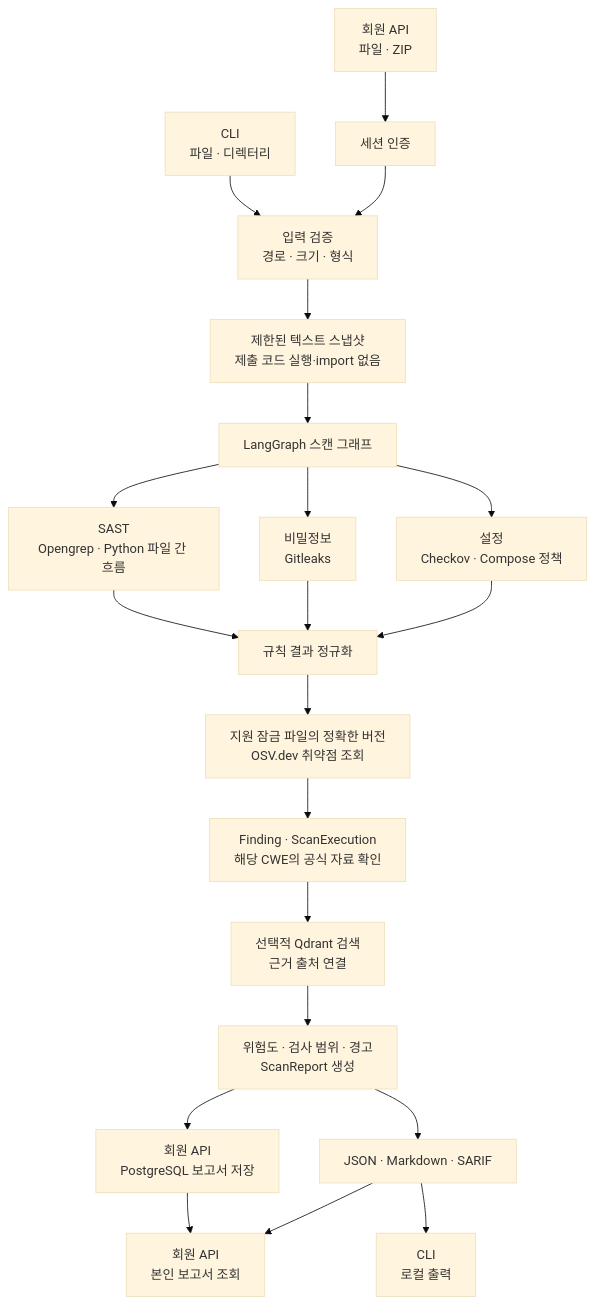
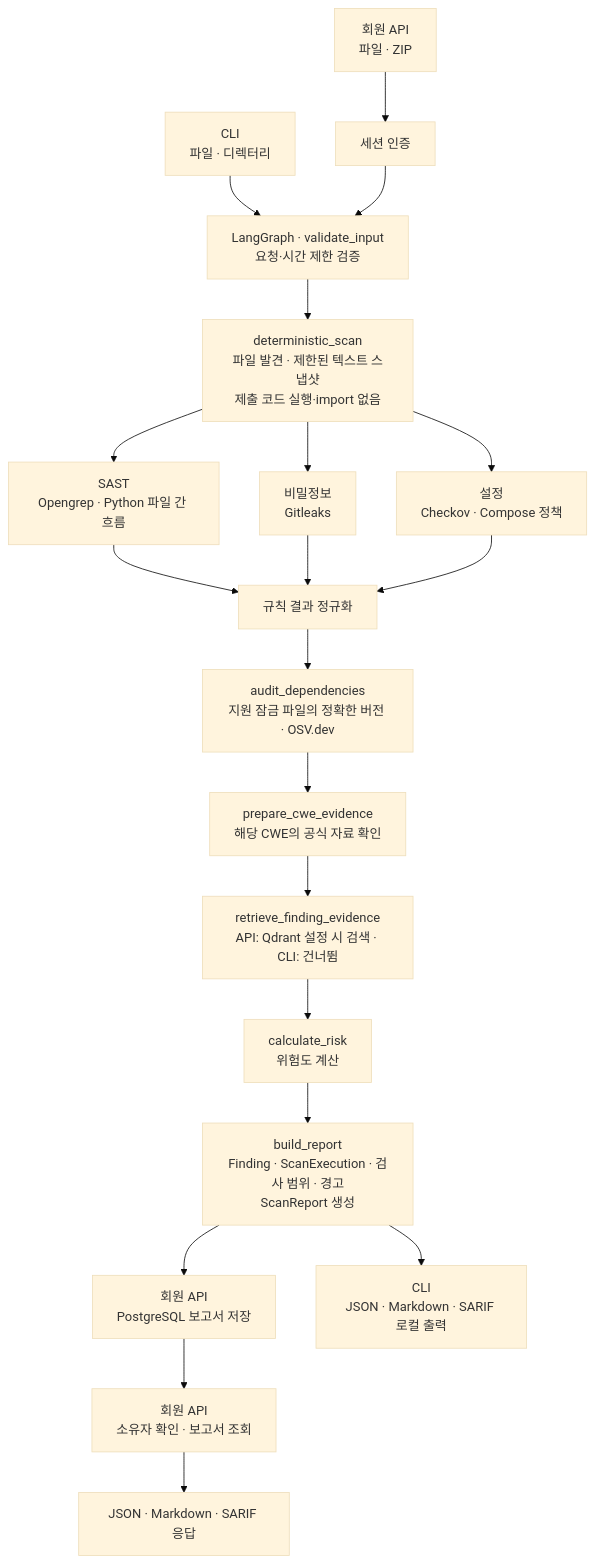
One commit to taehyeon-git/SecRAGraph changed the diagram in README.md. Above: the diagram before and after it, drawn with Mermaid (base theme). The commit also changed other lines of this file, not shown here.

Commit message:
docs: align README diagram with scan and report flow

````diff
--- a/README.md
+++ b/README.md
@@ -27,25 +33,24 @@
 ```mermaid
 flowchart TD
   API["회원 API<br/>파일 · ZIP"] --> AUTH["세션 인증"]
-  CLI["CLI<br/>파일 · 디렉터리"] --> INPUT["입력 검증<br/>경로 · 크기 · 형식"]
+  CLI["CLI<br/>파일 · 디렉터리"] --> INPUT["LangGraph · validate_input<br/>요청·시간 제한 검증"]
   AUTH --> INPUT
-  INPUT --> SNAP["제한된 텍스트 스냅샷<br/>제출 코드 실행·import 없음"]
-  SNAP --> GRAPH["LangGraph 스캔 그래프"]
+  INPUT --> SNAP["deterministic_scan<br/>파일 발견 · 제한된 텍스트 스냅샷<br/>제출 코드 실행·import 없음"]
 
-  GRAPH --> SAST["SAST<br/>Opengrep · Python 파일 간 흐름"]
-  GRAPH --> SECRET["비밀정보<br/>Gitleaks"]
-  GRAPH --> CONFIG["설정<br/>Checkov · Compose 정책"]
+  SNAP --> SAST["SAST<br/>Opengrep · Python 파일 간 흐름"]
+  SNAP --> SECRET["비밀정보<br/>Gitleaks"]
+  SNAP --> CONFIG["설정<br/>Checkov · Compose 정책"]
 
   SAST --> NORMAL["규칙 결과 정규화"]
   SECRET --> NORMAL
   CONFIG --> NORMAL
-  NORMAL --> OSV["지원 잠금 파일의 정확한 버전<br/>OSV.dev 취약점 조회"]
-  OSV --> CWE["Finding · ScanExecution<br/>해당 CWE의 공식 자료 확인"]
-  CWE --> RAG["선택적 Qdrant 검색<br/>근거 출처 연결"]
-  RAG --> REPORT["위험도 · 검사 범위 · 경고<br/>ScanReport 생성"]
+  NORMAL --> OSV["audit_dependencies<br/>지원 잠금 파일의 정확한 버전 · OSV.dev"]
+  OSV --> CWE["prepare_cwe_evidence<br/>해당 CWE의 공식 자료 확인"]
+  CWE --> RAG["retrieve_finding_evidence<br/>API: Qdrant 설정 시 검색 · CLI: 건너뜀"]
+  RAG --> RISK["calculate_risk<br/>위험도 계산"]
+  RISK --> REPORT["build_report<br/>Finding · ScanExecution · 검사 범위 · 경고<br/>ScanReport 생성"]
   REPORT --> DB["회원 API<br/>PostgreSQL 보고서 저장"]
-  REPORT --> FORMAT["JSON · Markdown · SARIF"]
-  DB --> VIEW["회원 API<br/>본인 보고서 조회"]
-  FORMAT --> VIEW
-  FORMAT --> LOCAL["CLI<br/>로컬 출력"]
+  DB --> VIEW["회원 API<br/>소유자 확인 · 보고서 조회"]
+  VIEW --> API_FORMAT["JSON · Markdown · SARIF 응답"]
+  REPORT --> CLI_FORMAT["CLI<br/>JSON · Markdown · SARIF 로컬 출력"]
 ```
````
